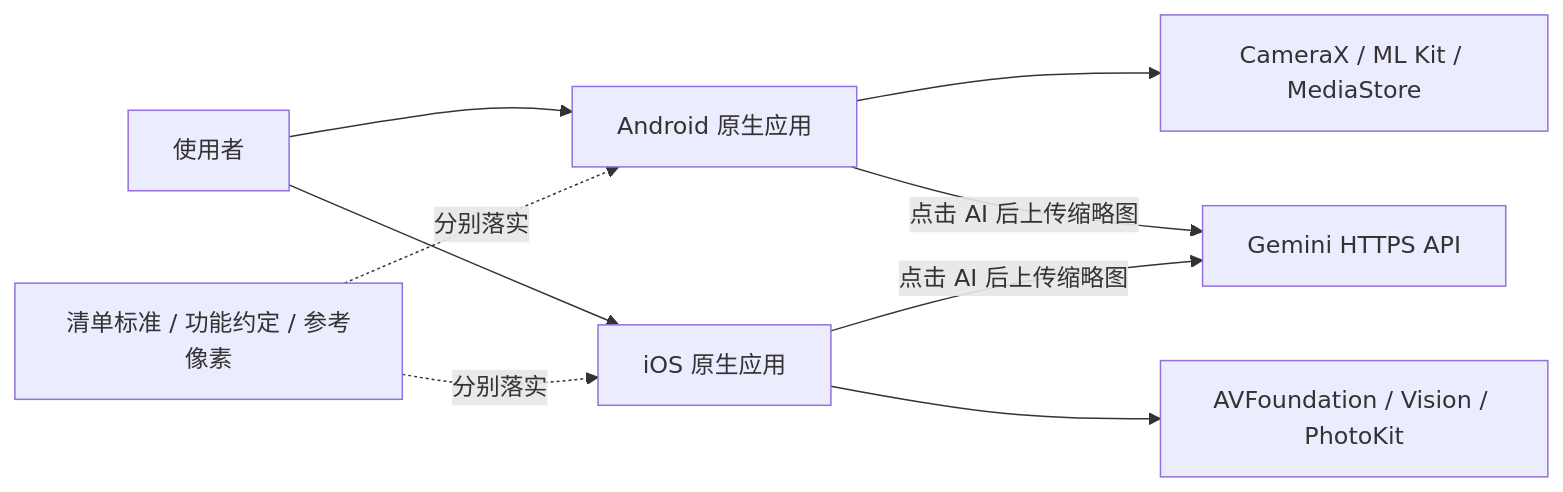
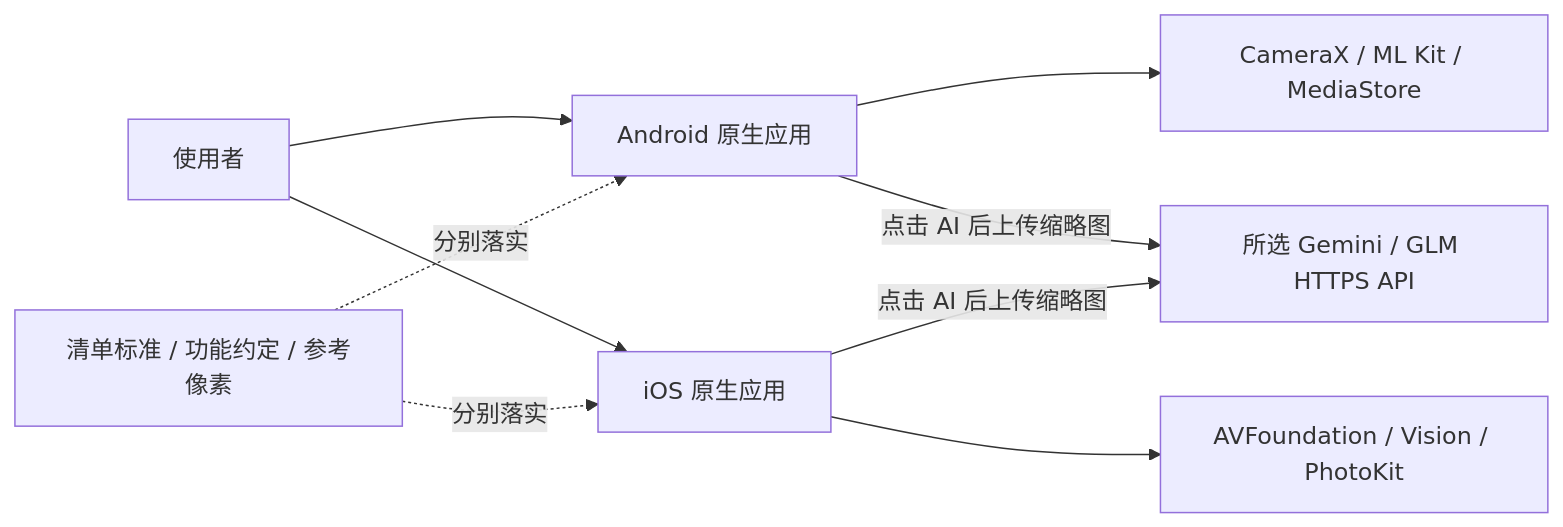
One commit to MinJung-Go/CompositionHelper changed the first of 4 diagrams in docs/architecture/ARCHITECTURE.md. Above: the diagram before and after it, drawn with Mermaid. The commit also changed other lines of this file and 9 other files, not shown here.

````diff
--- a/docs/architecture/ARCHITECTURE.md
+++ b/docs/architecture/ARCHITECTURE.md
@@ -9,11 +9,11 @@
 ```mermaid
 flowchart LR
     Person[使用者] --> Android[Android 原生应用]
     Person --> IOS[iOS 原生应用]
     Android --> AOS[CameraX / ML Kit / MediaStore]
     IOS --> IOSAPI[AVFoundation / Vision / PhotoKit]
-    Android -->|点击 AI 后上传缩略图| Gemini[Gemini HTTPS API]
+    Android -->|点击 AI 后上传缩略图| Gemini[所选 Gemini / GLM HTTPS API]
     IOS -->|点击 AI 后上传缩略图| Gemini
     Rules[清单标准 / 功能约定 / 参考像素] -.分别落实.-> Android
     Rules -.分别落实.-> IOS
 ```
````
